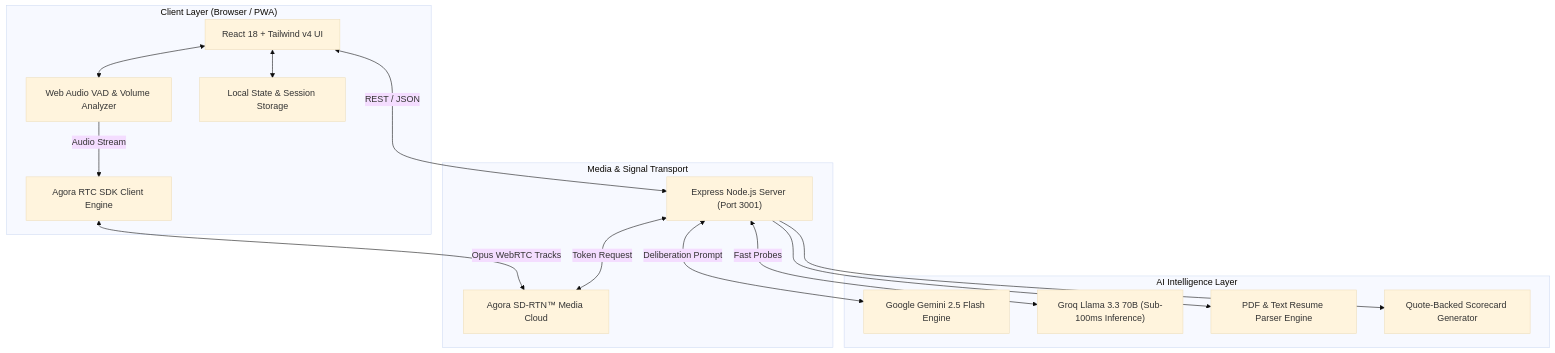
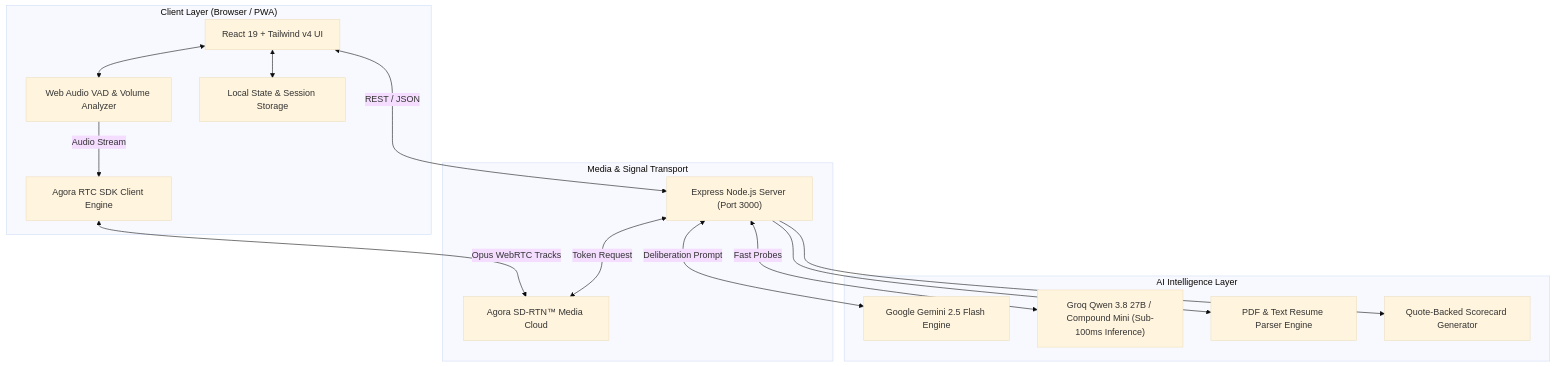
Before and after one commit to RiyanshiVerma-11/Vocalis-AI: the first of 4 diagrams in README.md, drawn with Mermaid (base theme). The commit also changed other lines of this file and 1 other file, not shown here.

Commit message:
docs: align README with React 19, active Groq models, and production API schemas

````diff
--- a/README.md
+++ b/README.md
@@ -121,33 +121,33 @@
 ```mermaid
 graph TD
     subgraph Client ["Client Layer (Browser / PWA)"]
-        UI["React 18 + Tailwind v4 UI"]
+        UI["React 19 + Tailwind v4 UI"]
         RTC_Client["Agora RTC SDK Client Engine"]
         VAD_Engine["Web Audio VAD & Volume Analyzer"]
         Store["Local State & Session Storage"]
     end
 
     subgraph Transport ["Media & Signal Transport"]
         Agora_Cloud["Agora SD-RTN™ Media Cloud"]
-        REST_API["Express Node.js Server (Port 3001)"]
+        REST_API["Express Node.js Server (Port 3000)"]
     end
 
     subgraph Intelligence ["AI Intelligence Layer"]
         Gemini["Google Gemini 2.5 Flash Engine"]
-        Groq["Groq Llama 3.3 70B (Sub-100ms Inference)"]
+        Groq["Groq Qwen 3.8 27B / Compound Mini (Sub-100ms Inference)"]
         Parser["PDF & Text Resume Parser Engine"]
         ScorecardEngine["Quote-Backed Scorecard Generator"]
     end
 
     UI <--> Store
     UI <--> VAD_Engine
     VAD_Engine -->|Audio Stream| RTC_Client
     RTC_Client <-->|Opus WebRTC Tracks| Agora_Cloud
     
     UI <-->|REST / JSON| REST_API
     REST_API <-->|Token Request| Agora_Cloud
     REST_API <-->|Deliberation Prompt| Gemini
     REST_API <-->|Fast Probes| Groq
     REST_API --> Parser
     REST_API --> ScorecardEngine
 ```
````
